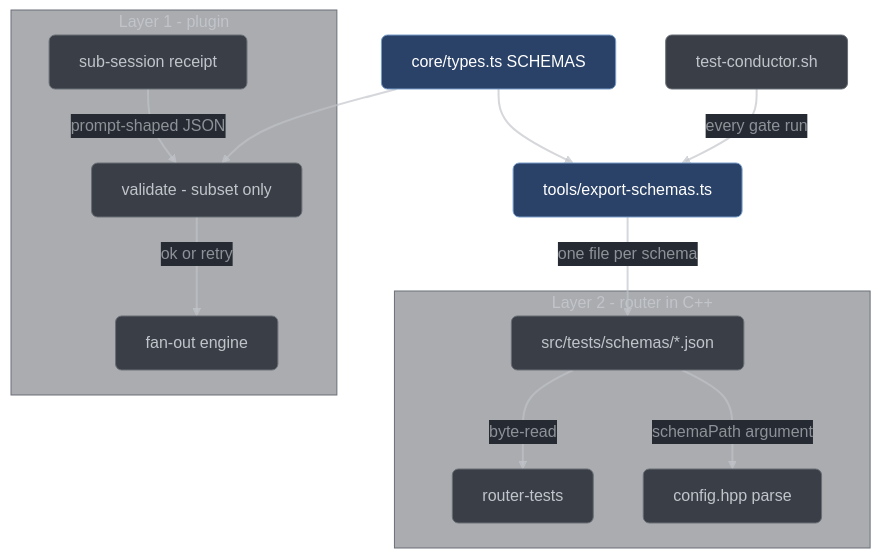
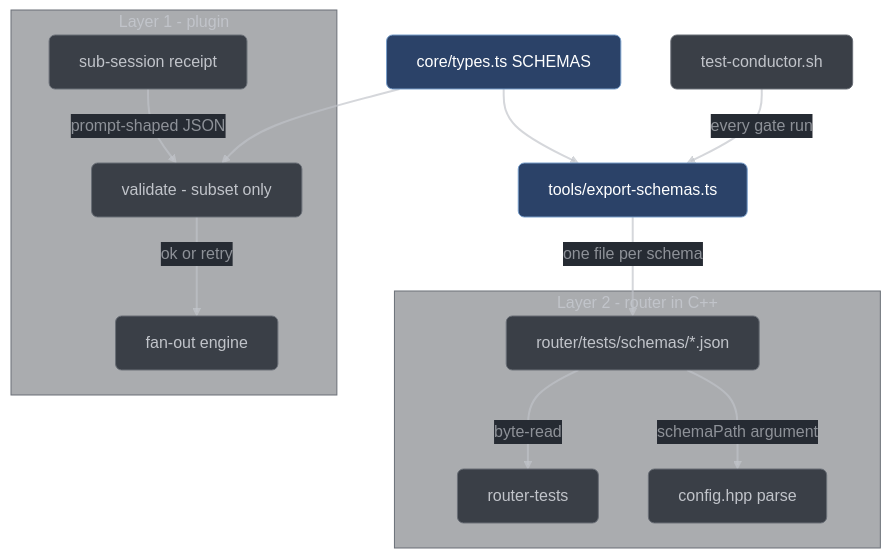
The diagram in docs/developer/schemas.md (vorlac/llama-harness), drawn with Mermaid before and after one commit. The commit also changed other lines of this file and 51 other files, not shown here.

Commit message:
conductor-build: hoist the C++ tree — src/ becomes router/, tools/ moves beside it

````diff
--- a/docs/developer/schemas.md
+++ b/docs/developer/schemas.md
@@ -161,70 +161,70 @@
 ```mermaid
 ---
 config:
     theme: 'base'
     curve: 'straight'
     themeVariables:
         darkMode: true
         clusterBkg: '#22272f62'
         clusterBorder: '#6a6f77ff'
         clusterTextColor: '#C1C4CAff'
         lineColor: '#C1C4CAAA'
         background: '#262B33'
         primaryColor: '#3a3f47ff'
         primaryTextColor: '#C1C4CAff'
         primaryBorderColor: '#6a6f77ff'
         primaryLabelBkg: '#262B33'
         secondaryColor: '#425f5fff'
         secondaryBorderColor: '#8c9c81ff'
         secondaryTextColor: '#C1C4CAff'
         tertiaryColor: '#4d4962ff'
         tertiaryBorderColor: '#8983a5ff'
         tertiaryTextColor: '#C1C4CAff'
         nodeTextColor: '#C1C4CA'
         defaultLinkColor: '#C1C4CA'
         edgeLabelBackground: '#262B33'
         labelTextColor: '#C1C4CA'
 ---
 flowchart TD
     %% Source: conductor/core/types.ts:1243-1262, conductor/tools/export-schemas.ts:21-41
     SRC["core/types.ts SCHEMAS"]
 
     subgraph L1["Layer 1 - plugin"]
         VAL["validate - subset only"]
         FAN["fan-out engine"]
         SUB["sub-session receipt"]
     end
 
     subgraph L2["Layer 2 - router in C++"]
-        FILES["src/tests/schemas/*.json"]
+        FILES["router/tests/schemas/*.json"]
         RT["router-tests"]
         CFG["config.hpp parse"]
     end
 
     EXP["tools/export-schemas.ts"]
     GATE["test-conductor.sh"]
 
     SRC --> VAL
     SRC --> EXP
     GATE -->|"every gate run"| EXP
     EXP -->|"one file per schema"| FILES
     SUB -->|"prompt-shaped JSON"| VAL
     VAL -->|"ok or retry"| FAN
     FILES -->|"byte-read"| RT
     FILES -->|"schemaPath argument"| CFG
 
     linkStyle default stroke:#C1C4CAaa,stroke-width:2px,color:#C1C4CAaa
 
     classDef neutral fill:#3a3f47,stroke:#6a6f77,color:#C1C4CA,rx:6,ry:6
     classDef accent  fill:#2b4268,stroke:#779DC9,color:#ffffff,rx:6,ry:6
 
     class SRC accent
     class EXP accent
     class VAL neutral
     class FAN neutral
     class SUB neutral
     class FILES neutral
     class RT neutral
     class CFG neutral
     class GATE neutral
 ```
````
